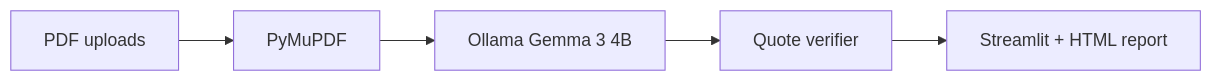
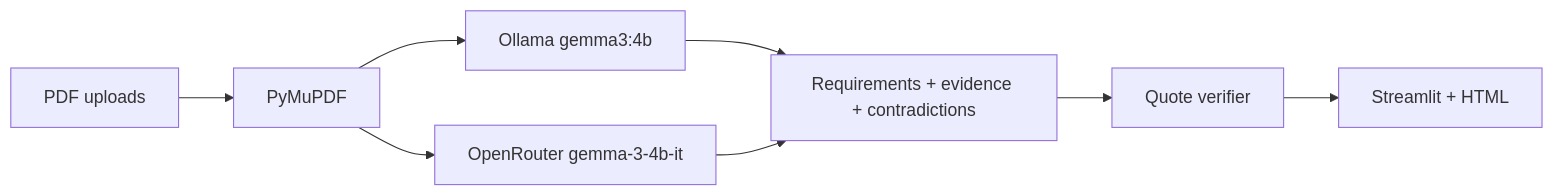
Before and after one commit to Souravrajvi0/packetproof: the diagram in README.md, drawn with Mermaid. The commit also changed other lines of this file and 5 other files, not shown here.

First line of the commit message:
Present Ollama and OpenRouter as equal Gemma inference options

````diff
--- a/README.md
+++ b/README.md
@@ -26,7 +35,10 @@
 ```mermaid
 flowchart LR
   PDF[PDF uploads] --> Extract[PyMuPDF]
-  Extract --> Gemma[Ollama Gemma 3 4B]
-  Gemma --> Verify[Quote verifier]
-  Verify --> UI[Streamlit + HTML report]
+  Extract --> Ollama[Ollama gemma3:4b]
+  Extract --> OR[OpenRouter gemma-3-4b-it]
+  Ollama --> Pipeline[Requirements + evidence + contradictions]
+  OR --> Pipeline
+  Pipeline --> Verify[Quote verifier]
+  Verify --> Out[Streamlit + HTML]
 ```
````
